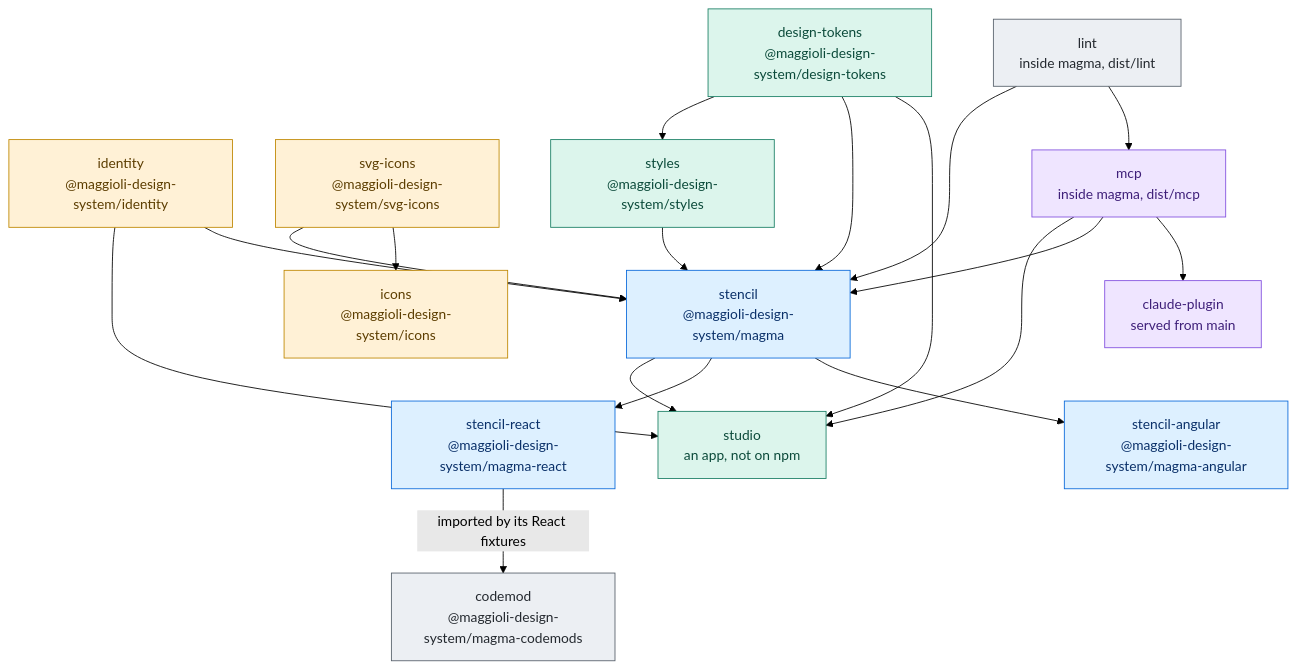
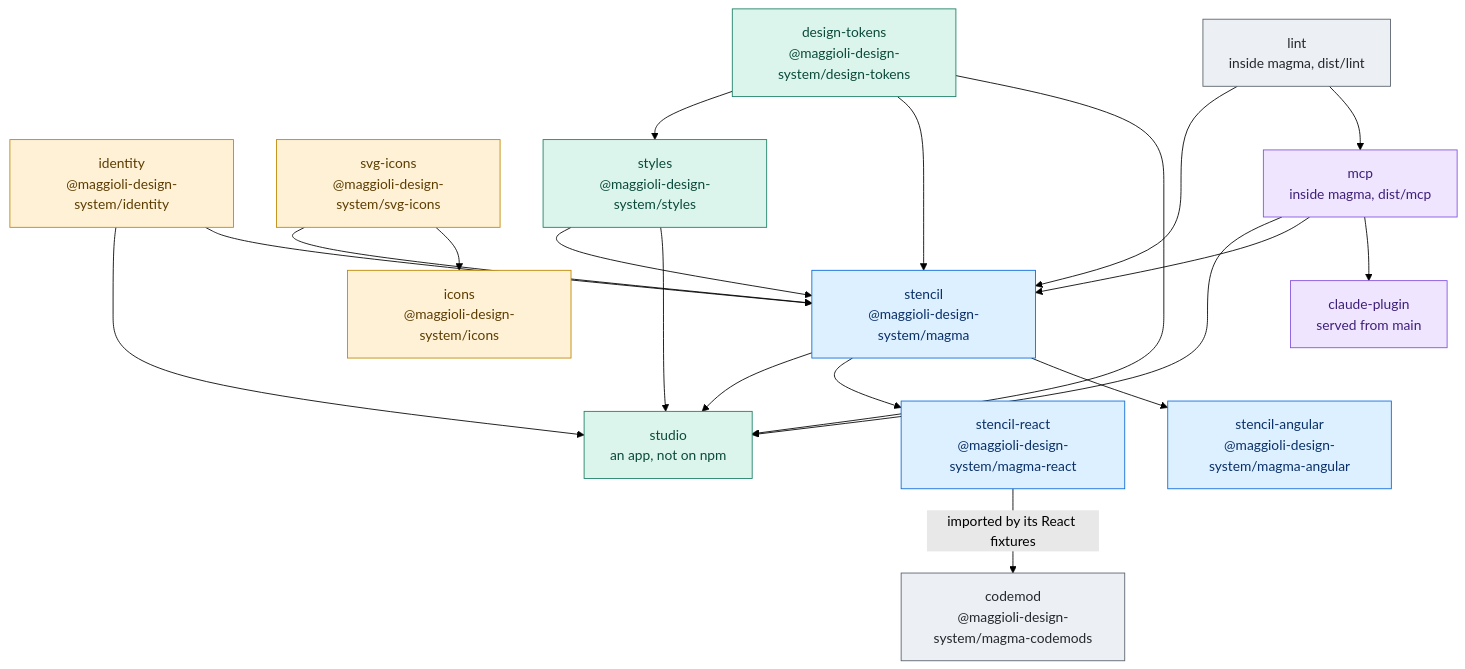
One commit to magma-design-system/magma changed the first of 2 diagrams in docs/ARCHITECTURE.md. Above: the diagram before and after it, drawn with Mermaid (forest theme). The commit also changed 8 other files, not shown here.

````diff
--- a/docs/ARCHITECTURE.md
+++ b/docs/ARCHITECTURE.md
@@ -7,46 +7,47 @@
 ```mermaid
 graph TD
   DT["design-tokens<br/>@maggioli-design-system/design-tokens"]
   ID["identity<br/>@maggioli-design-system/identity"]
   SI["svg-icons<br/>@maggioli-design-system/svg-icons"]
   IC["icons<br/>@maggioli-design-system/icons"]
   ST["styles<br/>@maggioli-design-system/styles"]
   LINT["lint<br/>inside magma, dist/lint"]
   MCP["mcp<br/>inside magma, dist/mcp"]
   WC["stencil<br/>@maggioli-design-system/magma"]
   RE["stencil-react<br/>@maggioli-design-system/magma-react"]
   AN["stencil-angular<br/>@maggioli-design-system/magma-angular"]
   CM["codemod<br/>@maggioli-design-system/magma-codemods"]
   CP["claude-plugin<br/>served from main"]
   SD["studio<br/>an app, not on npm"]
 
   DT --> ST
   DT --> WC
   DT --> SD
   WC --> SD
   ID --> SD
   MCP --> SD
   ST --> WC
+  ST --> SD
   SI --> WC
   SI --> IC
   ID --> WC
   LINT --> WC
   LINT --> MCP
   MCP --> WC
   MCP --> CP
   WC --> RE
   WC --> AN
   RE -->|"imported by its React fixtures"| CM
   class MCP,CP ai
   class ID,SI,IC assets
   class DT,ST,SD visual
   class WC,RE,AN components
   class LINT,CM tooling
   classDef ai fill:#efe5ff,stroke:#8250df,color:#3e1f79
   classDef assets fill:#fff1d6,stroke:#bf8700,color:#5c3d00
   classDef visual fill:#dcf5ec,stroke:#1a7f64,color:#0b4a3a
   classDef components fill:#ddf0ff,stroke:#0969da,color:#0a3069
   classDef tooling fill:#eceff3,stroke:#57606a,color:#24292f
   classDef outside fill:#ffffff,stroke:#8c959f,color:#24292f
   classDef area fill:none,stroke:#8c959f
 ```
````
